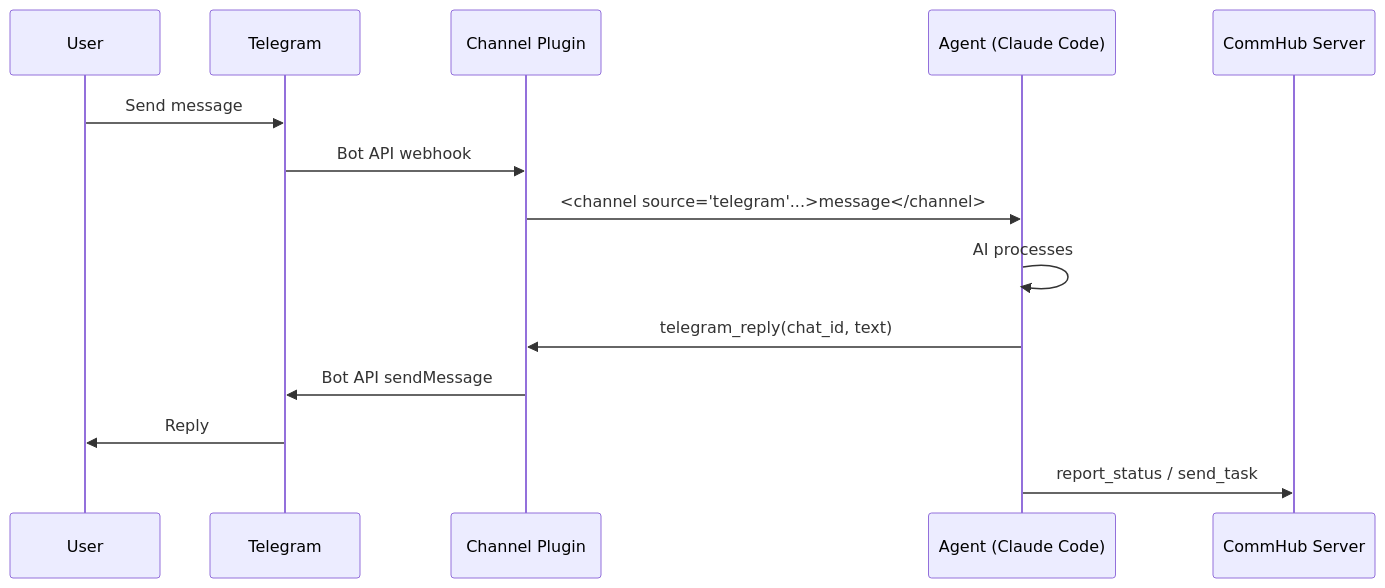
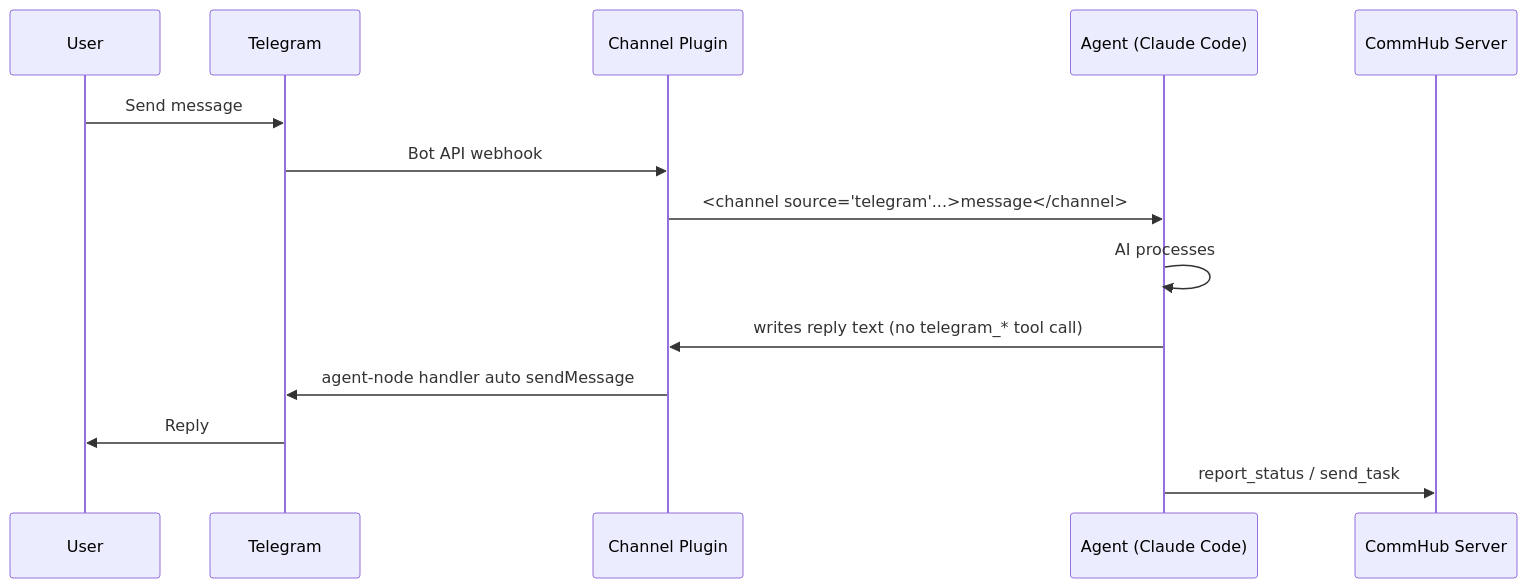
The first of 2 diagrams in docs-site/docs/en/guide/channels.md (sleep2agi/agent-network), drawn with Mermaid before and after one commit. The commit also changed other lines of this file and 1 other file, not shown here.

Commit message:
docs(round-507 / issue-10): channels.md 修「工作原理」mermaid 的 fictional telegram_reply tool + cli.ts ref resync — 图里 A->>CH: telegram_reply() 跟同文件 R258 校准（telegram_* tool 不存在）自相矛盾，改为「输出 reply 文本」；channelCommand 2745→2844 / flags 2762-2763→2861-2862 / telegramSend 986→925（ZH+EN）

````diff
--- a/docs-site/docs/en/guide/channels.md
+++ b/docs-site/docs/en/guide/channels.md
@@ -9,17 +9,17 @@
 ```mermaid
 sequenceDiagram
     participant U as User
     participant TG as Telegram
     participant CH as Channel Plugin
     participant A as Agent (Claude Code)
     participant S as CommHub Server
 
     U->>TG: Send message
     TG->>CH: Bot API webhook
     CH->>A: <channel source="telegram"...>message</channel>
     A->>A: AI processes
-    A->>CH: telegram_reply(chat_id, text)
-    CH->>TG: Bot API sendMessage
+    A->>CH: writes reply text (no telegram_* tool call)
+    CH->>TG: agent-node handler auto sendMessage
     TG->>U: Reply
     A->>S: report_status / send_task
 ```
````
